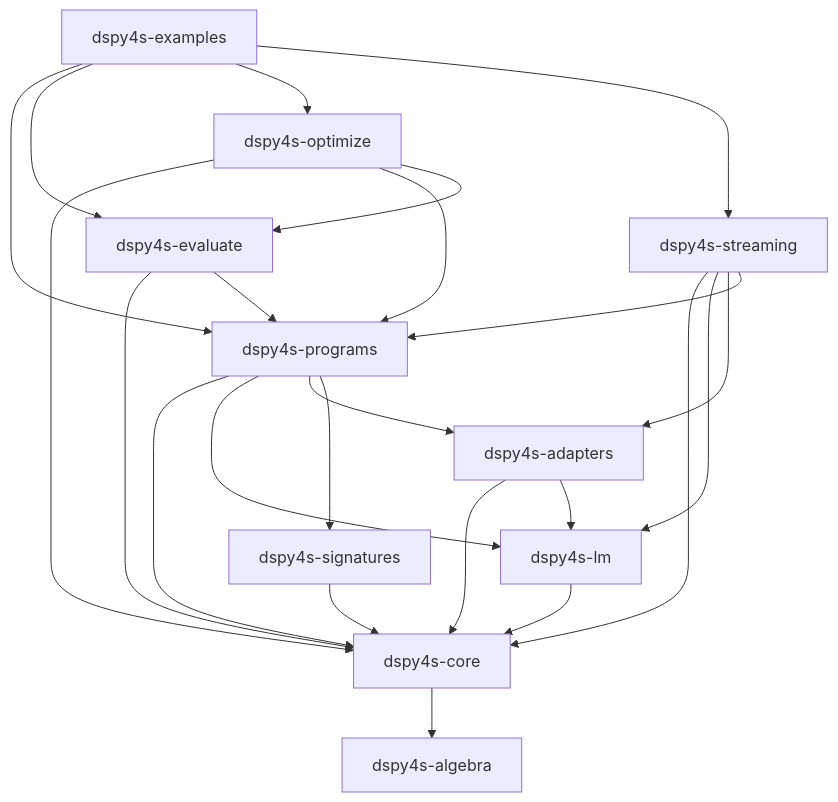
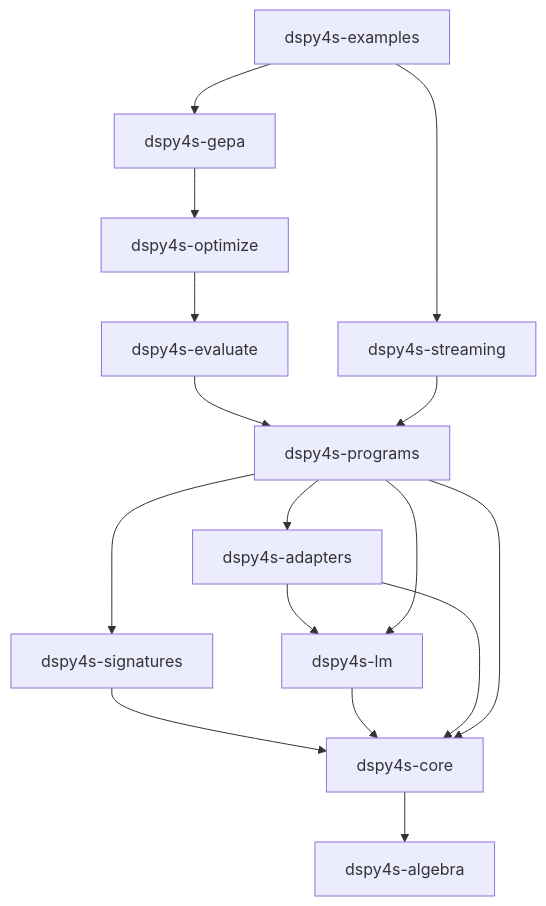
Before and after one commit to jpablo/dspy4s: the diagram in docs/ARCHITECTURE.md, drawn with Mermaid. The commit also changed other lines of this file and 408 other files, not shown here.

````diff
--- a/docs/ARCHITECTURE.md
+++ b/docs/ARCHITECTURE.md
@@ -17,36 +59,30 @@
 ```mermaid
 graph TD
   algebra[dspy4s-algebra]
   core[dspy4s-core]
   signatures[dspy4s-signatures]
   lm[dspy4s-lm]
   adapters[dspy4s-adapters]
   programs[dspy4s-programs]
   evaluate[dspy4s-evaluate]
   optimize[dspy4s-optimize]
+  gepa[dspy4s-gepa]
   streaming[dspy4s-streaming]
   examples[dspy4s-examples]
 
   core --> algebra
   signatures --> core
   lm --> core
   adapters --> core
   adapters --> lm
   programs --> core
+  programs --> signatures
   programs --> lm
   programs --> adapters
-  programs --> signatures
-  evaluate --> core
   evaluate --> programs
-  optimize --> core
-  optimize --> programs
   optimize --> evaluate
-  streaming --> core
-  streaming --> lm
-  streaming --> adapters
+  gepa --> optimize
   streaming --> programs
-  examples --> programs
-  examples --> evaluate
-  examples --> optimize
+  examples --> gepa
   examples --> streaming
 ```
````
